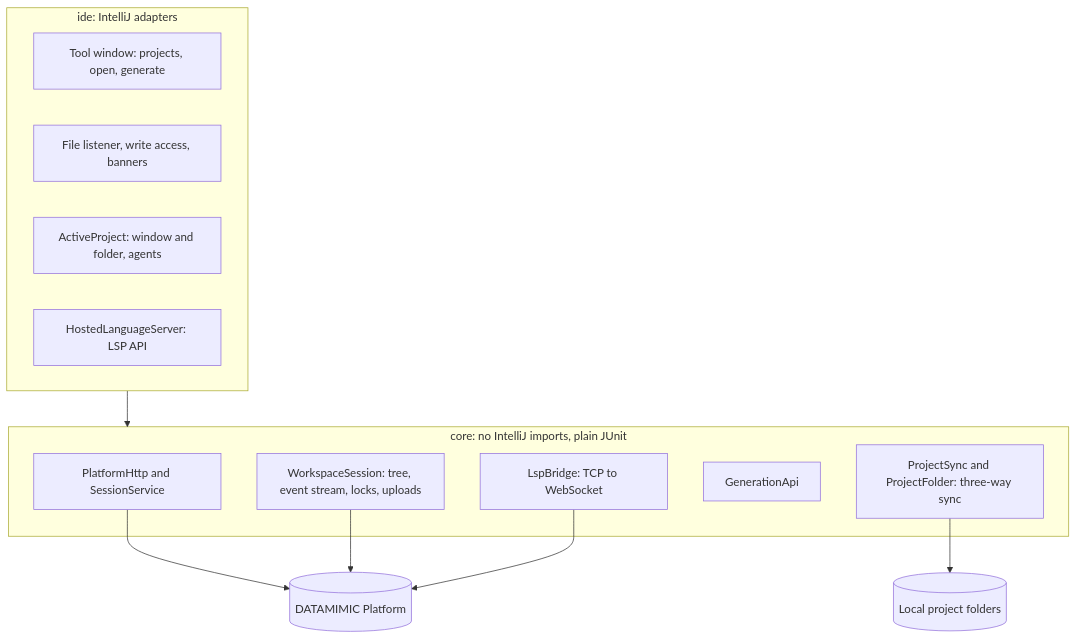
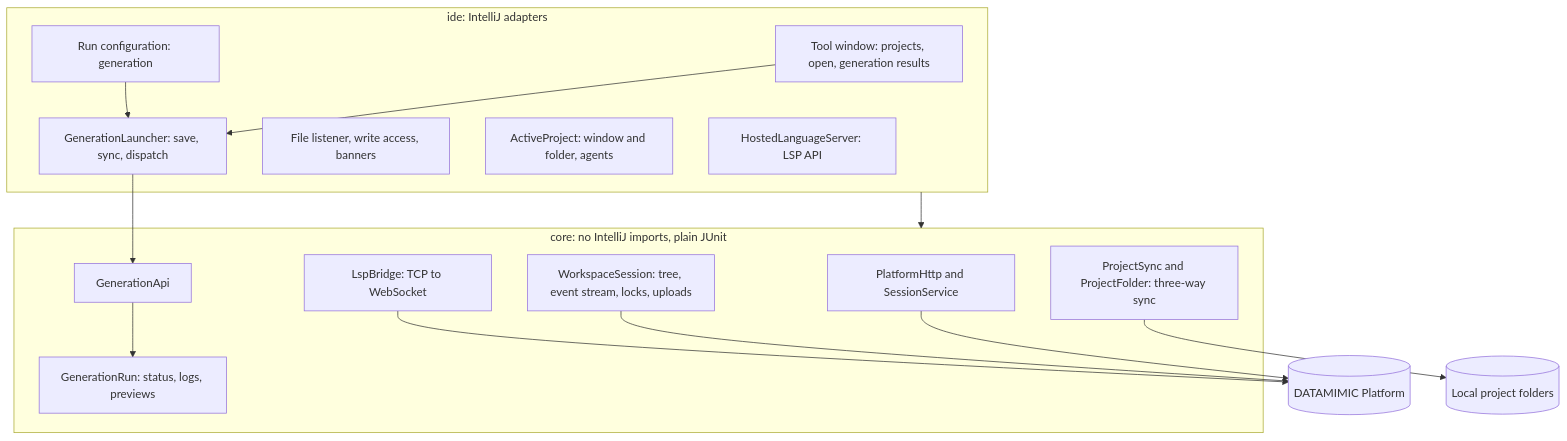
The diagram in README.md (rapiddweller/datamimic-jetbrains), drawn with Mermaid before and after one commit. The commit also changed other lines of this file and 8 other files, not shown here.

````diff
--- a/README.md
+++ b/README.md
@@ -51,21 +54,28 @@
 ```mermaid
 flowchart TB
   subgraph ide["ide: IntelliJ adapters"]
-    TW["Tool window: projects, open, generate"]
+    TW["Tool window: projects, open, generation results"]
+    RC["Run configuration: generation"]
+    GL["GenerationLauncher: save, sync, dispatch"]
     FL["File listener, write access, banners"]
     AP["ActiveProject: window and folder, agents"]
     LSP["HostedLanguageServer: LSP API"]
   end
   subgraph core["core: no IntelliJ imports, plain JUnit"]
     HTTP["PlatformHttp and SessionService"]
     WS["WorkspaceSession: tree, event stream, locks, uploads"]
     SY["ProjectSync and ProjectFolder: three-way sync"]
     GEN[GenerationApi]
+    GR["GenerationRun: status, logs, previews"]
     BR["LspBridge: TCP to WebSocket"]
   end
+  TW --> GL
+  RC --> GL
   ide --> core
+  GL --> GEN
+  GEN --> GR
   HTTP --> P[("DATAMIMIC Platform")]
   WS --> P
   SY --> D[("Local project folders")]
   BR --> P
 ```
````
